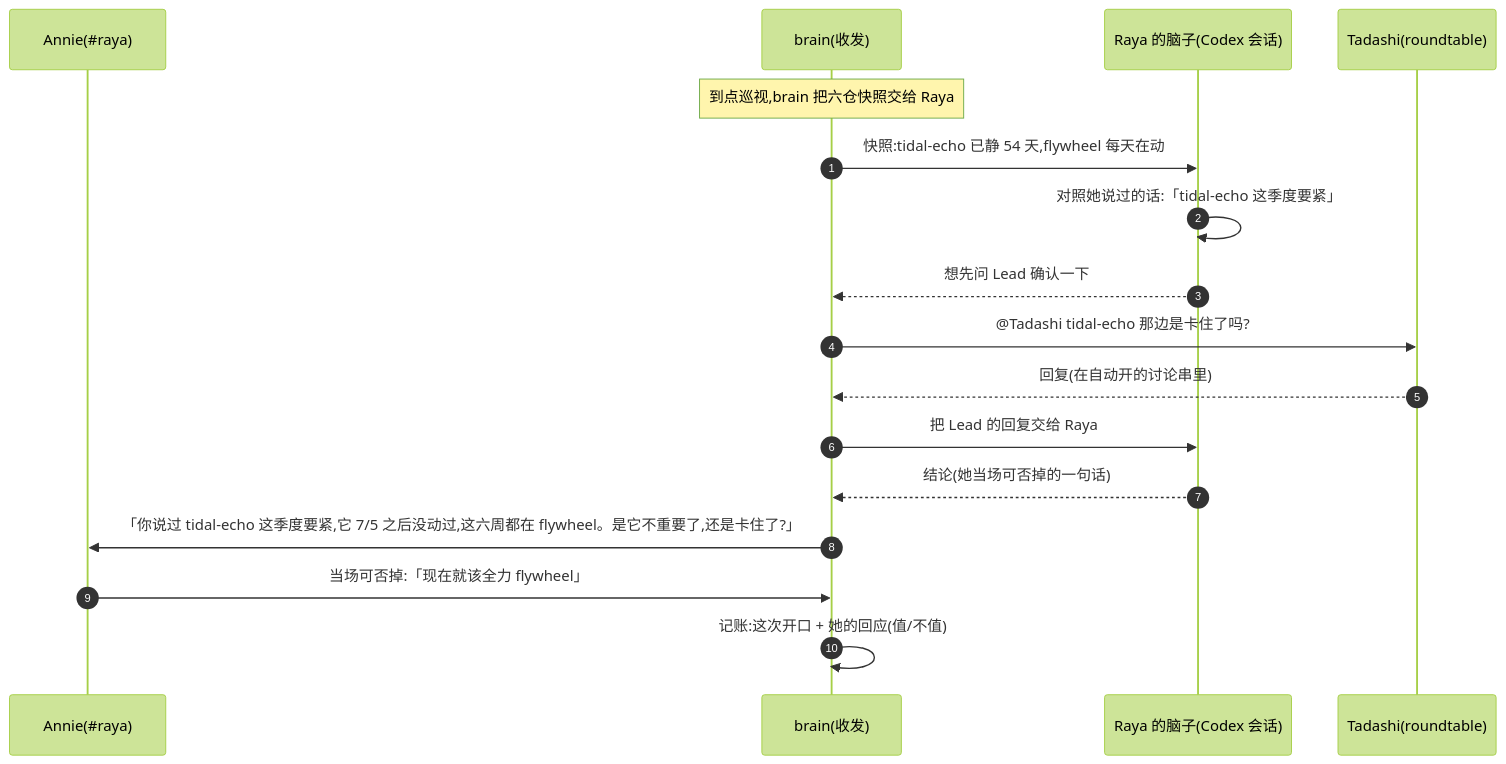
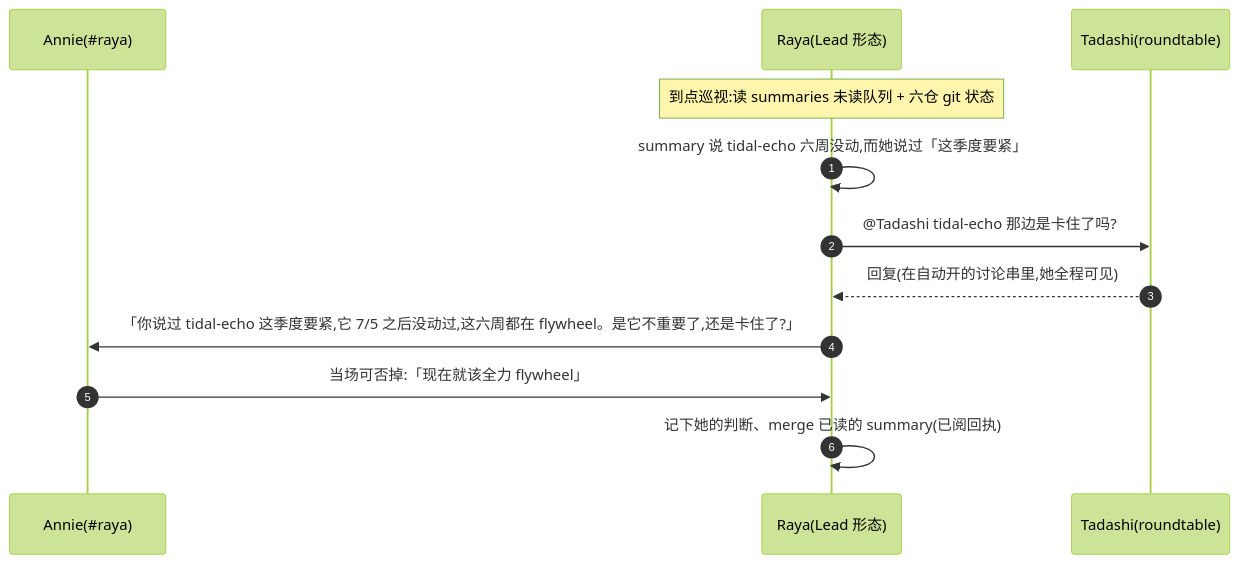
Before and after one commit to xrliAnnie/flywheel-qa-sandbox: the diagram in engineering/doc/FLY-2030-raya-brain-inquiry/diagrams/d2-inquiry-journey.mmd, drawn with Mermaid (forest theme). The commit also changed 7 other files, not shown here.

Commit message:
docs(FLY-2030): founder design HTML v2 (final approved design: summary inflow + Lead-form brain)

```diff
--- a/engineering/doc/FLY-2030-raya-brain-inquiry/diagrams/d2-inquiry-journey.mmd
+++ b/engineering/doc/FLY-2030-raya-brain-inquiry/diagrams/d2-inquiry-journey.mmd
@@ -1,17 +1,12 @@
 sequenceDiagram
   autonumber
   participant A as Annie(#35;raya)
-  participant B as brain(收发)
-  participant C as Raya 的脑子(Codex 会话)
+  participant R as Raya(Lead 形态)
   participant T as Tadashi(roundtable)
-  Note over B: 到点巡视,brain 把六仓快照交给 Raya
-  B->>C: 快照:tidal-echo 已静 54 天,flywheel 每天在动
-  C->>C: 对照她说过的话:「tidal-echo 这季度要紧」
-  C-->>B: 想先问 Lead 确认一下
-  B->>T: @Tadashi tidal-echo 那边是卡住了吗?
-  T-->>B: 回复(在自动开的讨论串里)
-  B->>C: 把 Lead 的回复交给 Raya
-  C-->>B: 结论(她当场可否掉的一句话)
-  B->>A: 「你说过 tidal-echo 这季度要紧,它 7/5 之后没动过,这六周都在 flywheel。是它不重要了,还是卡住了?」
-  A->>B: 当场可否掉:「现在就该全力 flywheel」
-  B->>B: 记账:这次开口 + 她的回应(值/不值)
+  Note over R: 到点巡视:读 summaries 未读队列 + 六仓 git 状态
+  R->>R: summary 说 tidal-echo 六周没动,而她说过「这季度要紧」
+  R->>T: @Tadashi tidal-echo 那边是卡住了吗?
+  T-->>R: 回复(在自动开的讨论串里,她全程可见)
+  R->>A: 「你说过 tidal-echo 这季度要紧,它 7/5 之后没动过,这六周都在 flywheel。是它不重要了,还是卡住了?」
+  A->>R: 当场可否掉:「现在就该全力 flywheel」
+  R->>R: 记下她的判断、merge 已读的 summary(已阅回执)
```
